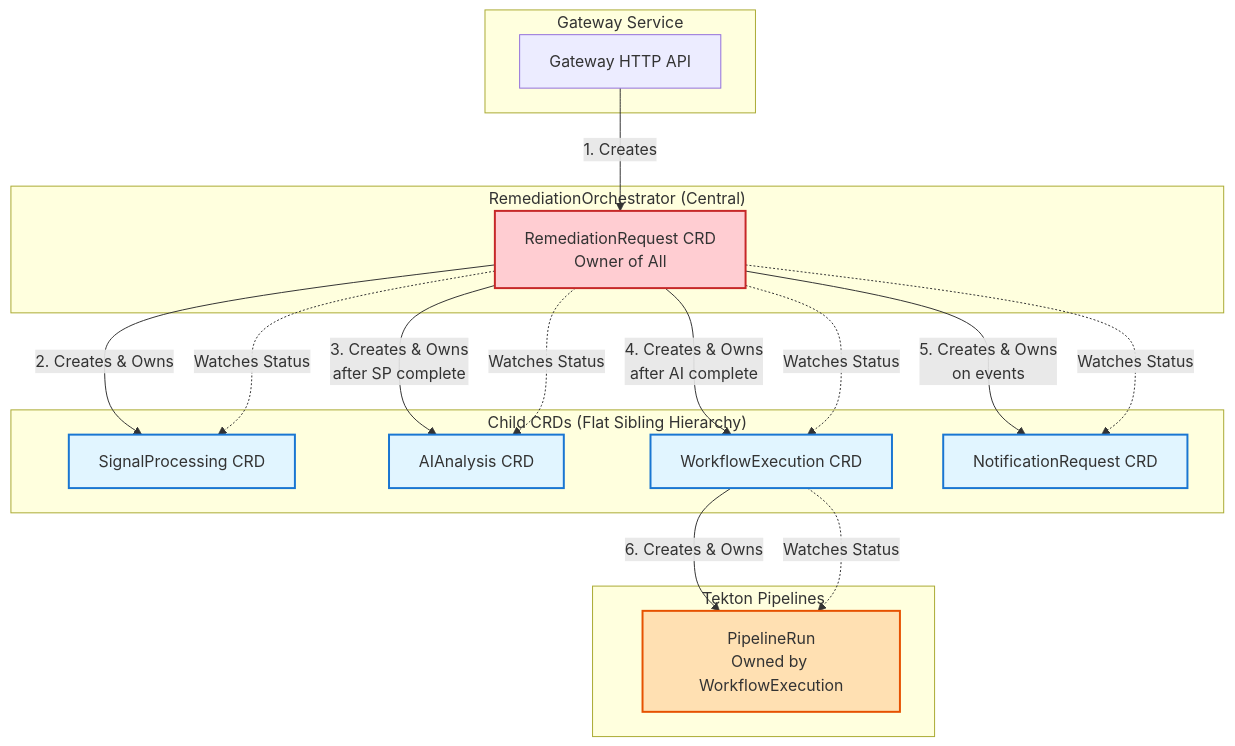
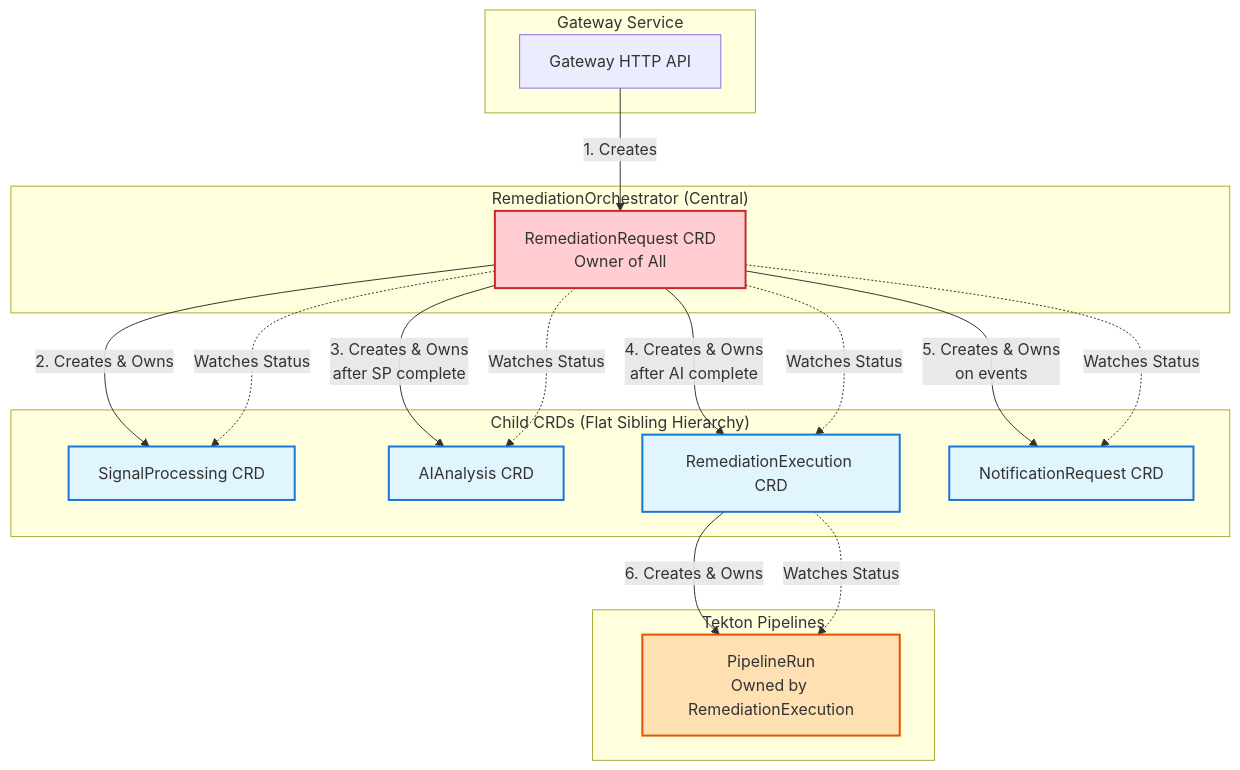
One commit to jordigilh/kubernaut changed the first of 2 diagrams in docs/architecture/KUBERNAUT_CRD_ARCHITECTURE.md. Above: the diagram before and after it, drawn with Mermaid. The commit also changed other lines of this file and 5 other files, not shown here.

````diff
--- a/docs/architecture/KUBERNAUT_CRD_ARCHITECTURE.md
+++ b/docs/architecture/KUBERNAUT_CRD_ARCHITECTURE.md
@@ -606,41 +606,41 @@
 ```mermaid
 graph TB
     subgraph "Gateway Service"
         GW[Gateway HTTP API]
     end
 
     subgraph "RemediationOrchestrator (Central)"
         ORCH[RemediationRequest CRD<br/>Owner of All]
     end
 
     subgraph "Child CRDs (Flat Sibling Hierarchy)"
         SP[SignalProcessing CRD]
         AI[AIAnalysis CRD]
-        WF[WorkflowExecution CRD]
+        WF[RemediationExecution CRD]
         NOT[NotificationRequest CRD]
     end
 
     subgraph "Tekton Pipelines"
-        PR[PipelineRun<br/>Owned by WorkflowExecution]
+        PR[PipelineRun<br/>Owned by RemediationExecution]
     end
 
     GW -->|1. Creates| ORCH
     ORCH -->|2. Creates & Owns| SP
     ORCH -->|3. Creates & Owns<br/>after SP complete| AI
     ORCH -->|4. Creates & Owns<br/>after AI complete| WF
     ORCH -->|5. Creates & Owns<br/>on events| NOT
     WF -->|6. Creates & Owns| PR
 
     ORCH -.->|Watches Status| SP
     ORCH -.->|Watches Status| AI
     ORCH -.->|Watches Status| WF
     ORCH -.->|Watches Status| NOT
     WF -.->|Watches Status| PR
 
     style ORCH fill:#ffcdd2,stroke:#c62828,stroke-width:2px
     style SP fill:#e1f5ff,stroke:#1976d2,stroke-width:2px
     style AI fill:#e1f5ff,stroke:#1976d2,stroke-width:2px
     style WF fill:#e1f5ff,stroke:#1976d2,stroke-width:2px
     style NOT fill:#e1f5ff,stroke:#1976d2,stroke-width:2px
     style PR fill:#ffe0b2,stroke:#e65100,stroke-width:2px
 ```
````
